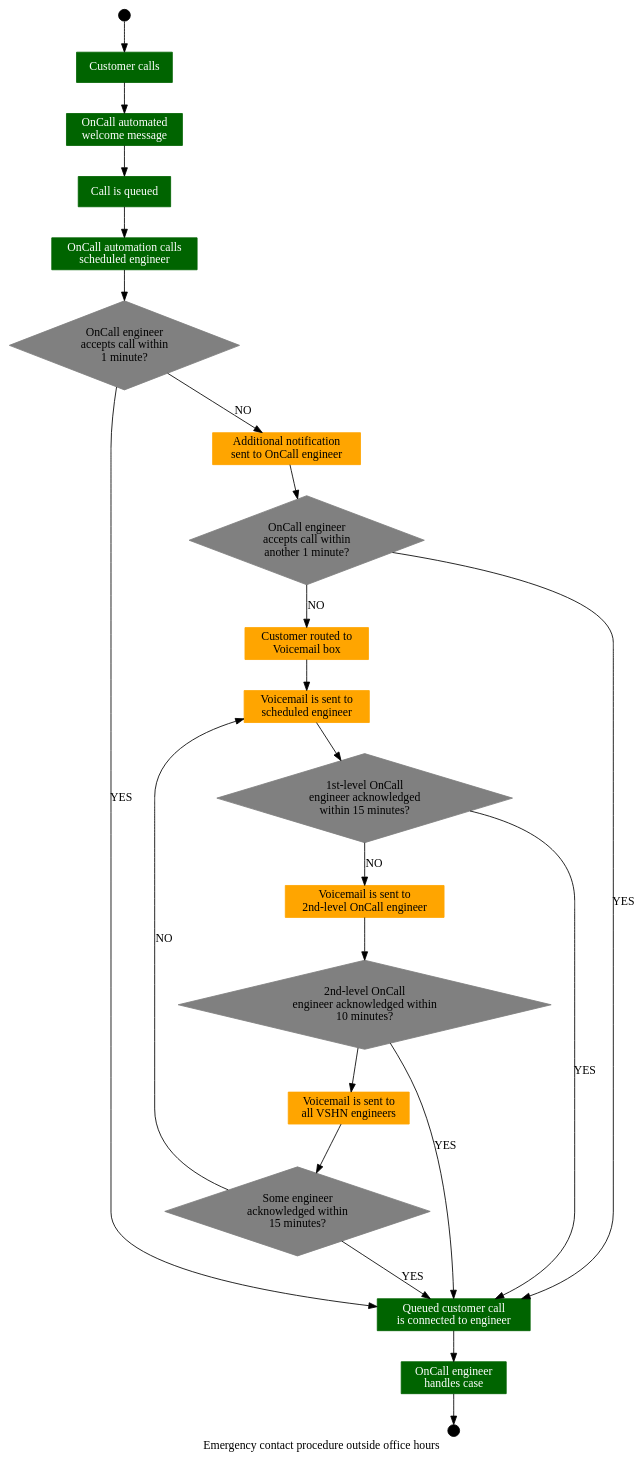
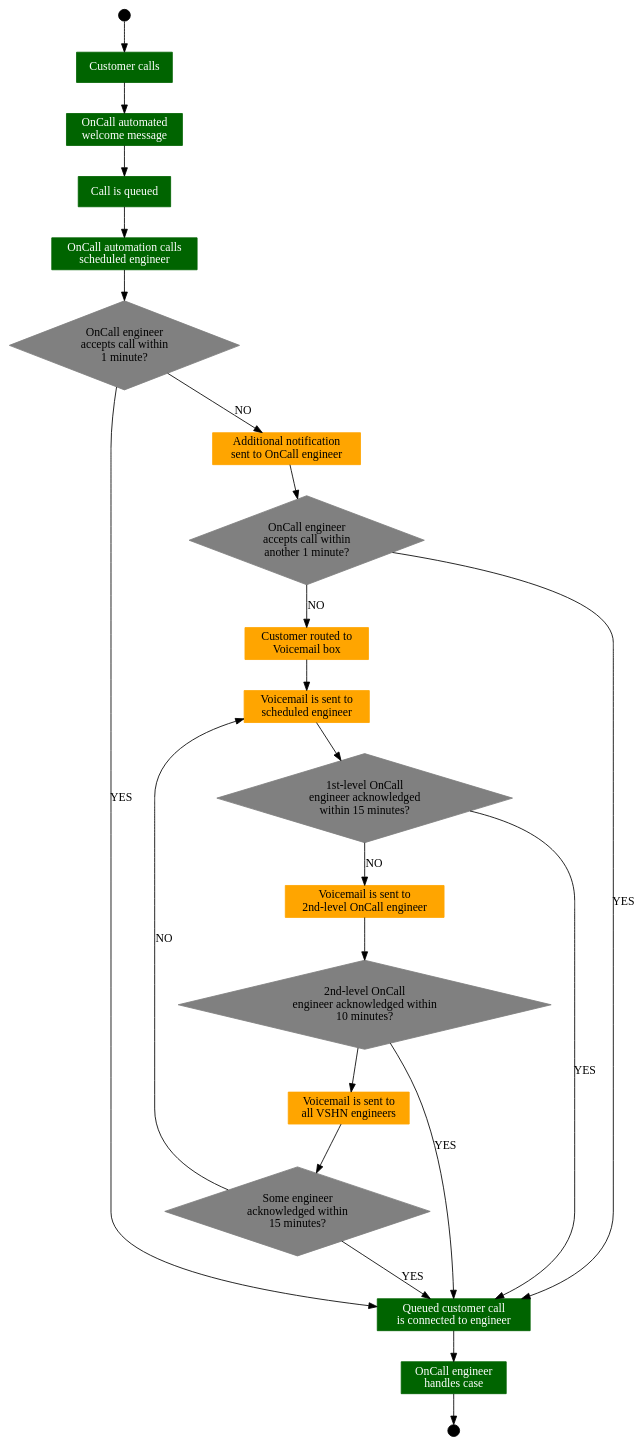
The diagram in docs/modules/ROOT/examples/emergency.gv (vshn/kb), drawn with Graphviz before and after one commit.

Commit message:
Removed title at bottom

```diff
--- a/docs/modules/ROOT/examples/emergency.gv
+++ b/docs/modules/ROOT/examples/emergency.gv
@@ -1,77 +1,76 @@
 digraph "VSHN" {
-  graph [ fontname = "Ubuntu",
-          label = "Emergency contact procedure outside office hours" ];
+  graph [ fontname = "Ubuntu" ];
 
   node [ shape=circle,
          color=black,
          style=filled,
          width=0.20 ]; start [label=""]; stop [label=""];
 
   node [ shape=diamond,
          style=filled,
          color=grey,
          fontname="Ubuntu" ];
 
   Q1 [ label="OnCall engineer\naccepts call within\n1 minute?" ];
   Q2 [ label="OnCall engineer\naccepts call within\nanother 1 minute?" ];
   Q3 [ label="1st-level OnCall\nengineer acknowledged\nwithin 15 minutes?" ];
   Q4 [ label="2nd-level OnCall\nengineer acknowledged within\n10 minutes?" ];
   Q5 [ label="Some engineer\nacknowledged within\n15 minutes?" ];
 
   node [ shape = rect,
          distortion = "0.0",
          orientation = "0.0",
          skew = "0.0",
          color = darkgreen,
          fontcolor="white",
          fontname = "Ubuntu" ];
 
   A [ label="Customer calls" ];
   B [ label="OnCall automated\nwelcome message" ];
   C [ label="Call is queued" ];
   D [ label="OnCall automation calls\nscheduled engineer" ];
   E [ label="Queued customer call\nis connected to engineer" ];
   F [ label="OnCall engineer\nhandles case" ];
 
   node [ shape = rect,
          distortion = "0.0",
          orientation = "0.0",
          skew = "0.0",
          color = orange,
          fontcolor="black",
          fontname = "Ubuntu" ];
 
   G [ label="Additional notification\nsent to OnCall engineer" ];
   H [ label="Customer routed to\nVoicemail box" ];
   I [ label="Voicemail is sent to\nscheduled engineer" ];
   J [ label="Voicemail is sent to\n2nd-level OnCall engineer" ];
   K [ label="Voicemail is sent to\nall VSHN engineers" ];
 
   start -> A;
   A -> B;
   B -> C;
   C -> D;
   D -> Q1;
   Q1 -> E [ label=YES,fontname="Ubuntu" ];
   E -> F;
   F -> stop;
 
   Q1 -> G [ label=NO, fontname="Ubuntu" ];
   G -> Q2;
   Q2 -> E [ label=YES, fontname="Ubuntu" ];
 
   Q2 -> H [ label=NO, fontname="Ubuntu" ];
   H -> I;
   I -> Q3;
   Q3 -> E [ label=YES, fontname="Ubuntu" ];
 
   Q3 -> J [ label=NO, fontname="Ubuntu" ];
   J -> Q4;
   Q4 -> E [ label=YES, fontname="Ubuntu" ];
 
   Q4 -> K;
   K -> Q5;
   Q5 -> E [ label=YES, fontname="Ubuntu" ];
 
   Q5 -> I [ label=NO, fontname="Ubuntu" ];
 }
```
